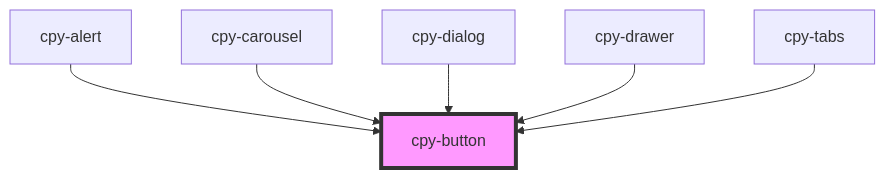
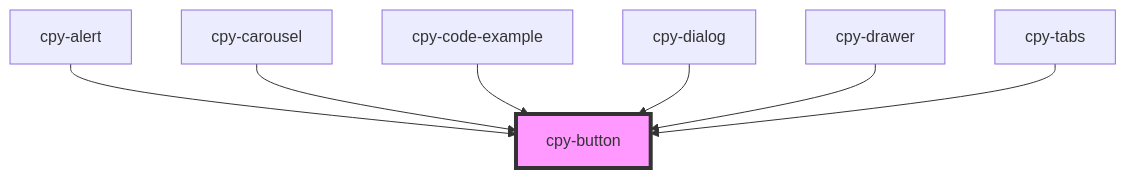
One commit to Lith1um/Canopy-Stencil changed the diagram in stencil-lib/src/components/button/readme.md. Above: the diagram before and after it, drawn with Mermaid. The commit also changed other lines of this file and 10 other files, not shown here.

````diff
--- a/stencil-lib/src/components/button/readme.md
+++ b/stencil-lib/src/components/button/readme.md
@@ -30,9 +31,10 @@
 ```mermaid
 graph TD;
   cpy-alert --> cpy-button
   cpy-carousel --> cpy-button
+  cpy-code-example --> cpy-button
   cpy-dialog --> cpy-button
   cpy-drawer --> cpy-button
   cpy-tabs --> cpy-button
   style cpy-button fill:#f9f,stroke:#333,stroke-width:4px
 ```
````
